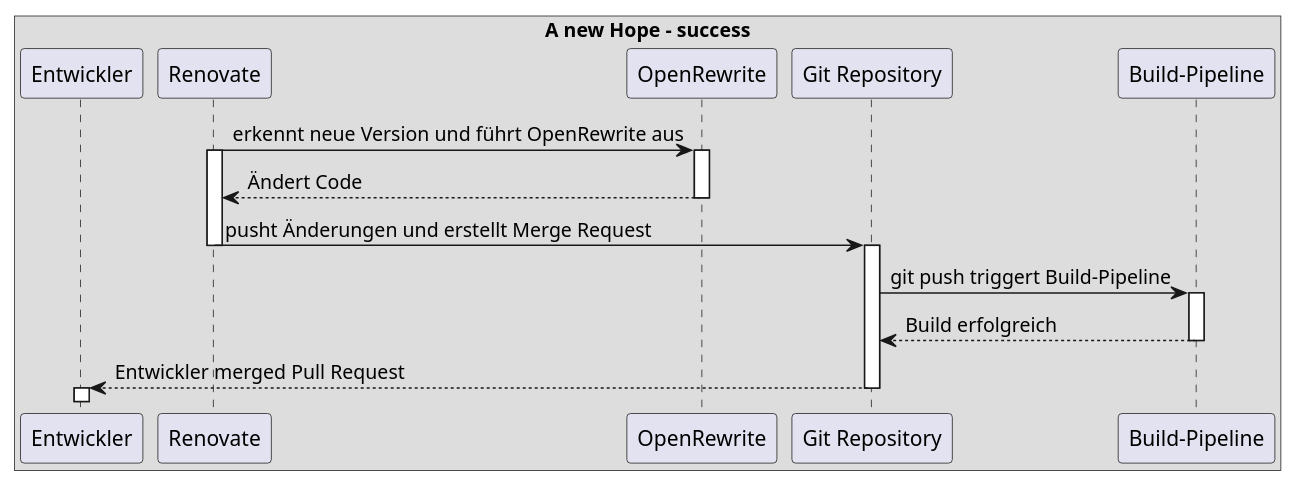
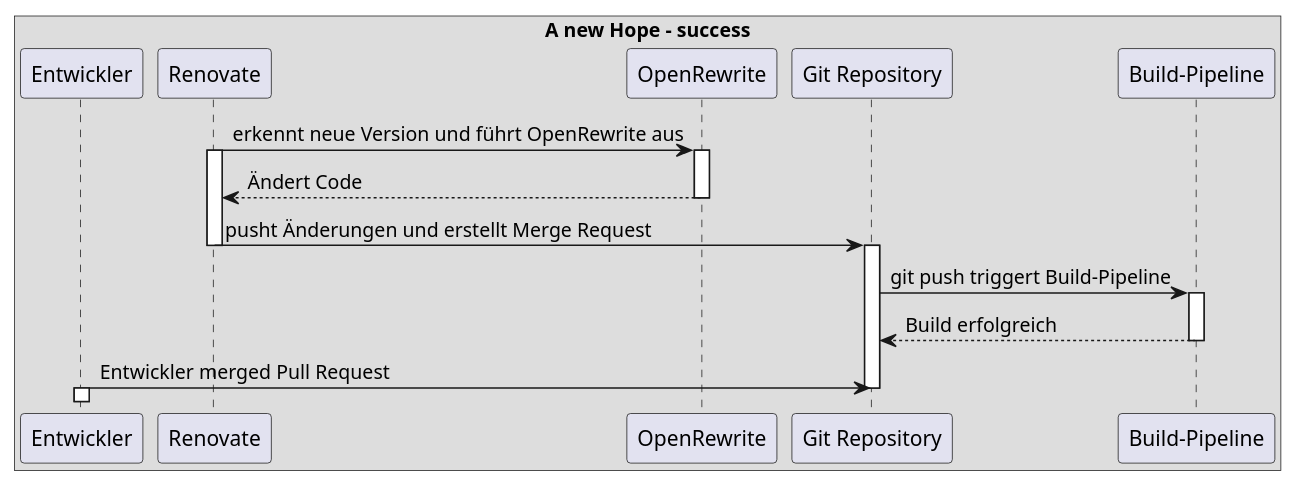
The diagram in diagrams/success-sequence.puml (gattma/renovate), drawn with PlantUML before and after one commit. The commit also changed 3 other files, not shown here.

Commit message:
modify diagrams

```diff
--- a/diagrams/success-sequence.puml
+++ b/diagrams/success-sequence.puml
@@ -1,28 +1,28 @@
 @startuml
 box A new Hope - success
 participant Entwickler
 
 participant Renovate
 
 Renovate -> OpenRewrite : erkennt neue Version und führt OpenRewrite aus
 activate Renovate
 activate OpenRewrite
 
 OpenRewrite --> Renovate : Ändert Code
 deactivate OpenRewrite
 
 Renovate -> "Git Repository" : pusht Änderungen und erstellt Merge Request
 deactivate Renovate
 activate "Git Repository"
 
 "Git Repository" -> "Build-Pipeline" : git push triggert Build-Pipeline
 activate "Build-Pipeline"
 "Build-Pipeline" --> "Git Repository" : Build erfolgreich
 deactivate "Build-Pipeline"
 
-"Git Repository" --> Entwickler : Entwickler merged Pull Request
+Entwickler -> "Git Repository" : Entwickler merged Pull Request
 deactivate "Git Repository"
 activate Entwickler
 deactivate Entwickler
 end box
 @enduml
```
